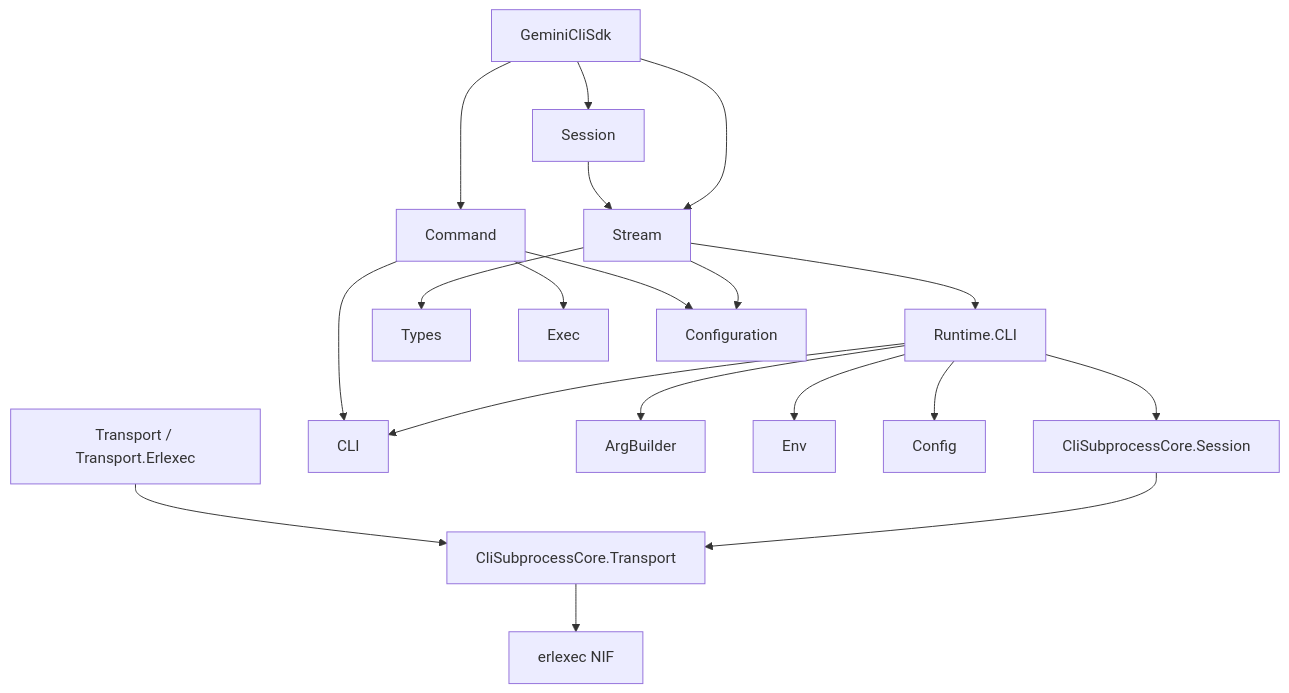
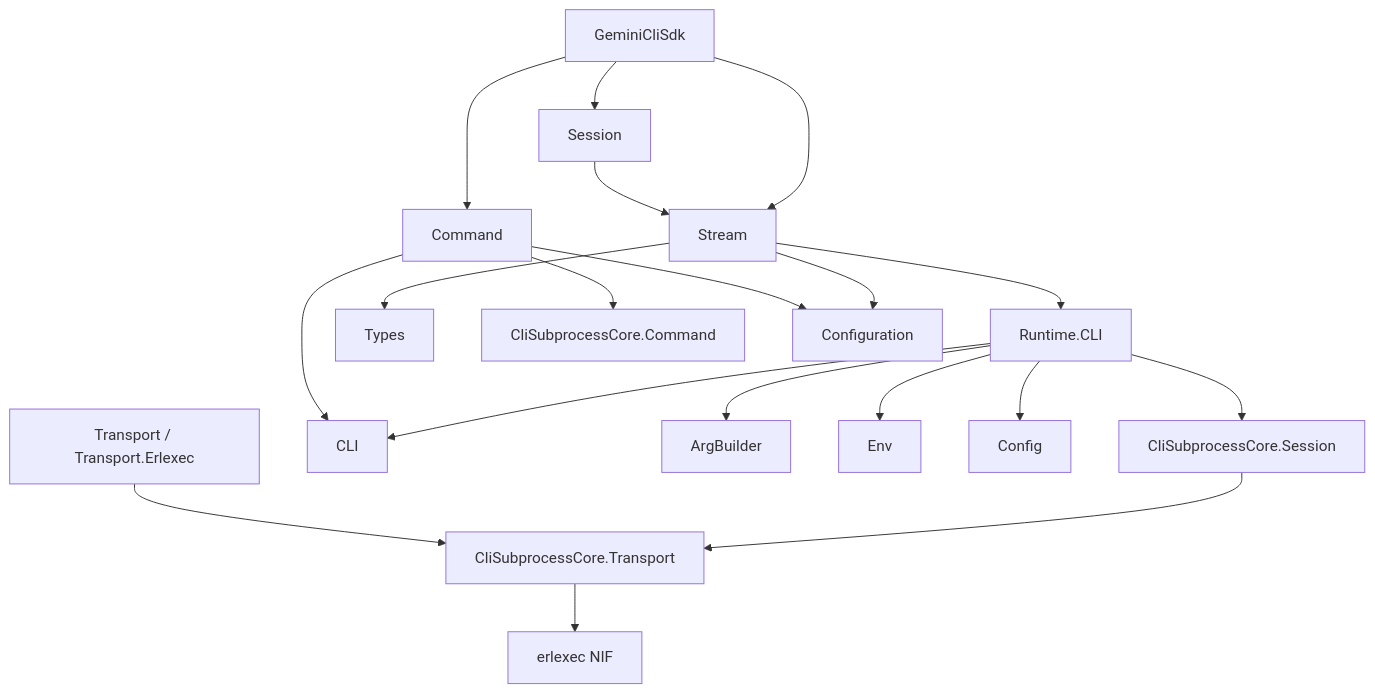
One commit to nshkrdotcom/gemini_cli_sdk changed the diagram in guides/architecture.md. Above: the diagram before and after it, drawn with Mermaid. The commit also changed other lines of this file and 7 other files, not shown here.

````diff
--- a/guides/architecture.md
+++ b/guides/architecture.md
@@ -7,21 +7,21 @@
 ```mermaid
 graph TD
     A[GeminiCliSdk] --> B[Stream]
     A --> C[Command]
     A --> D[Session]
     B --> E[Runtime.CLI]
     E --> F[CliSubprocessCore.Session]
     F --> G[CliSubprocessCore.Transport]
     G --> H[erlexec NIF]
     E --> I[CLI]
     E --> J[ArgBuilder]
     E --> K[Env]
     E --> L[Config]
     B --> M[Types]
-    C --> N[Exec]
+    C --> Q[CliSubprocessCore.Command]
     C --> I
     B --> O[Configuration]
     C --> O
     D --> B
     P[Transport / Transport.Erlexec] --> G
 ```
````
